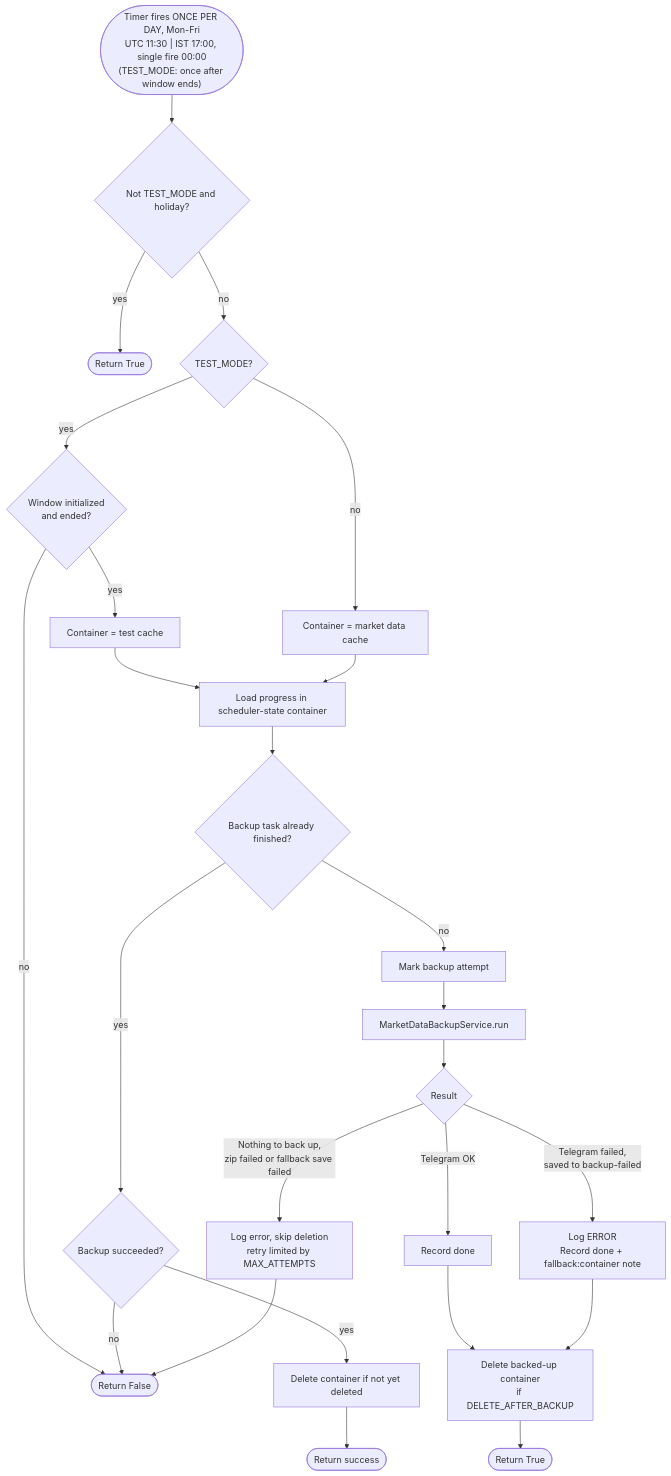
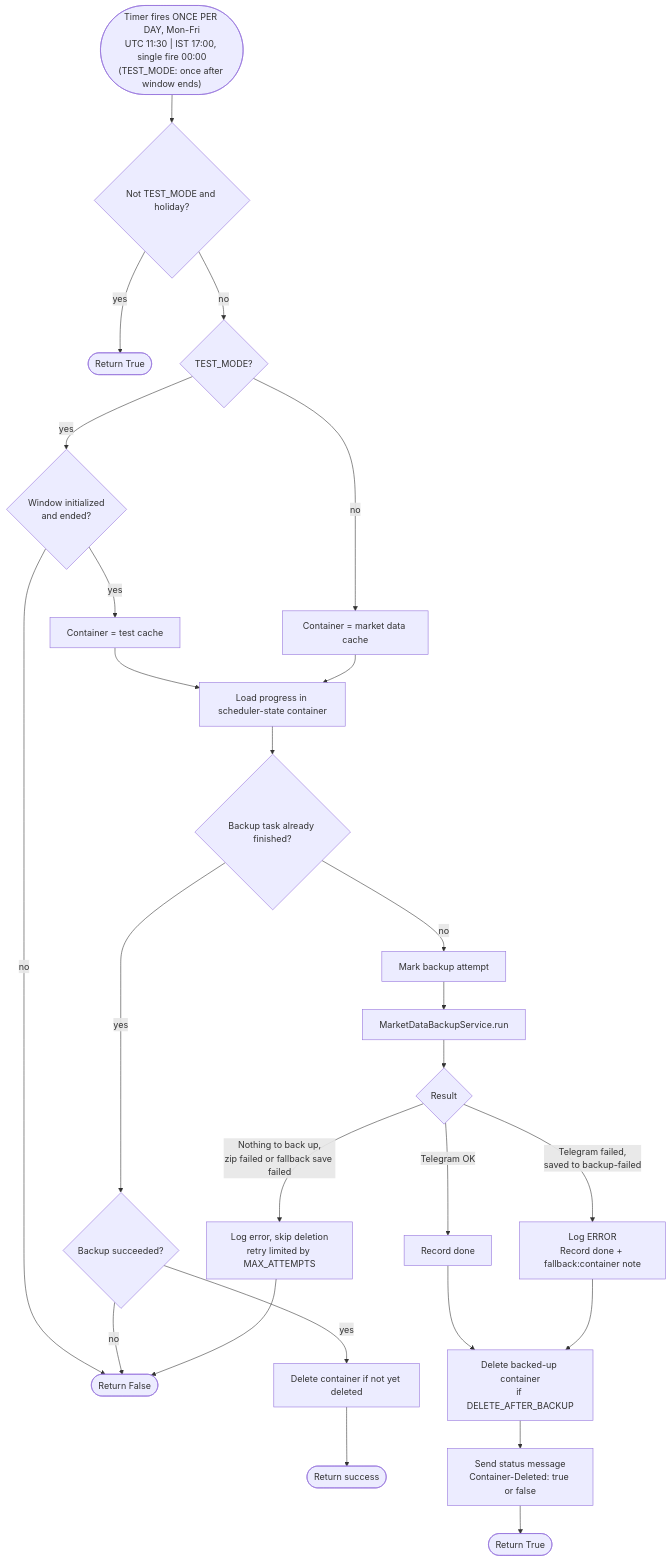
One commit to AllakaNarasimha/azure-market-data-fetcher changed the fifth of 6 diagrams in docs/schedulers-flow.md. Above: the diagram before and after it, drawn with Mermaid. The commit also changed other lines of this file and 6 other files, not shown here.

````diff
--- a/docs/schedulers-flow.md
+++ b/docs/schedulers-flow.md
@@ -130,26 +190,27 @@
 ```mermaid
 flowchart TD
     A(["Timer fires ONCE PER DAY, Mon-Fri<br/>UTC 11:30 | IST 17:00, single fire 00:00<br/>(TEST_MODE: once after window ends)"]) --> B{Not TEST_MODE and holiday?}
     B -- yes --> Z([Return True])
     B -- no --> C{TEST_MODE?}
     C -- yes --> D{Window initialized<br/>and ended?}
     D -- no --> F([Return False])
     D -- yes --> E[Container = test cache]
     C -- no --> E2[Container = market data cache]
     E --> G
     E2 --> G[Load progress in scheduler-state container]
     G --> H{Backup task already finished?}
     H -- yes --> I{Backup succeeded?}
     I -- yes --> J[Delete container if not yet deleted]
     I -- no --> F
     J --> Z2([Return success])
     H -- no --> K[Mark backup attempt]
     K --> L[MarketDataBackupService.run]
     L --> M{Result}
     M -- "Telegram OK" --> N[Record done]
     M -- "Telegram failed,<br/>saved to backup-failed" --> N2[Log ERROR<br/>Record done + fallback:container note]
     M -- "Nothing to back up,<br/>zip failed or fallback save failed" --> P[Log error, skip deletion<br/>retry limited by MAX_ATTEMPTS] --> F
     N --> O[Delete backed-up container<br/>if DELETE_AFTER_BACKUP]
     N2 --> O
-    O --> Z3([Return True])
+    O --> S[Send status message<br/>Container-Deleted: true or false]
+    S --> Z3([Return True])
 ```
````
